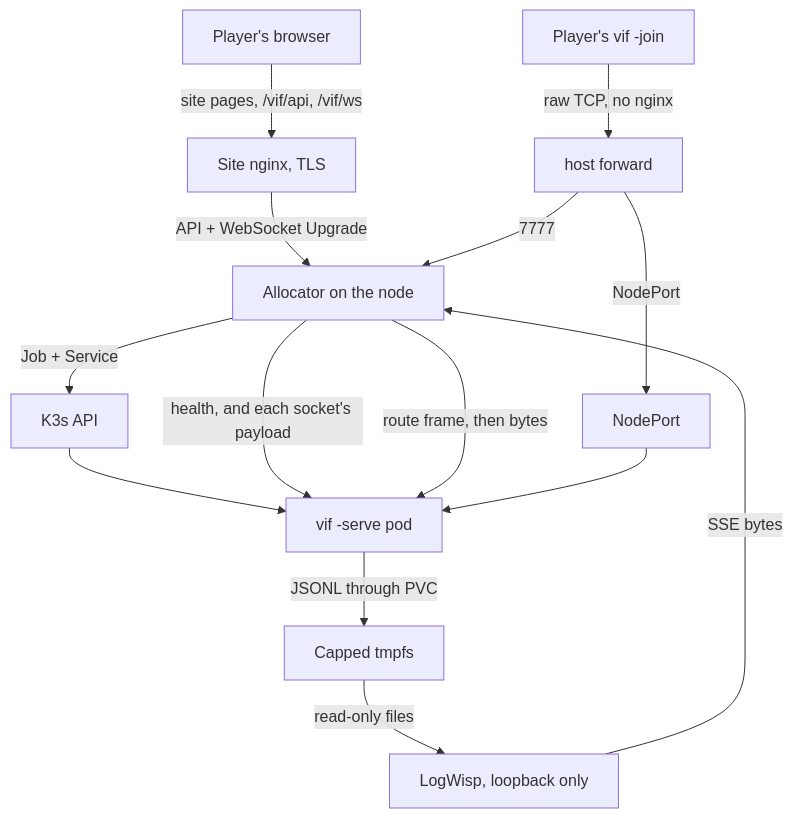
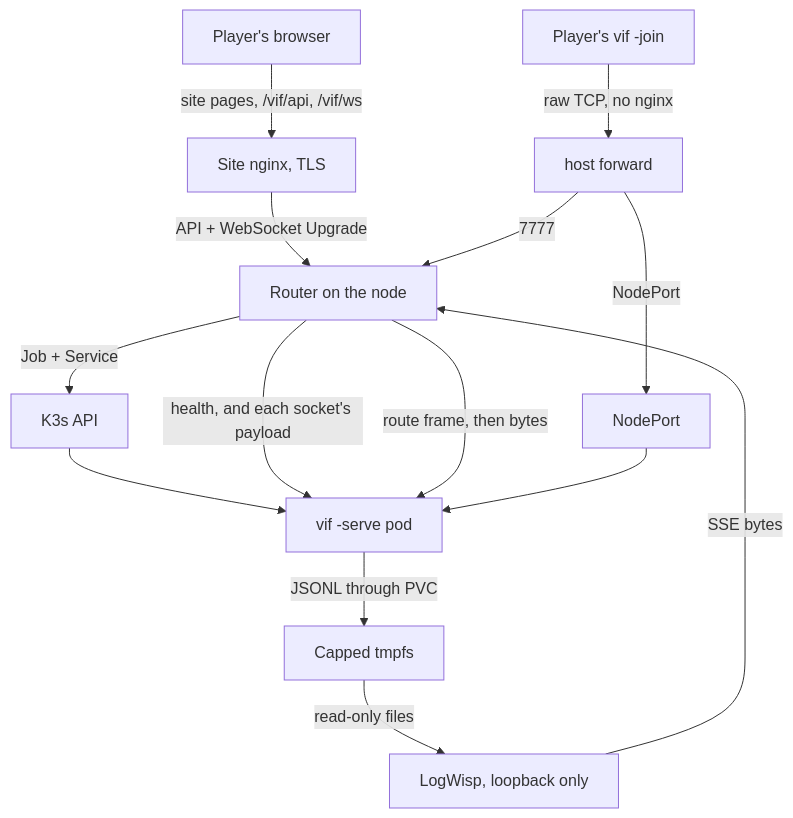
One commit to lixenwraith/vif changed the diagram in doc/kube-docker-deploy.md. Above: the diagram before and after it, drawn with Mermaid. The commit also changed other lines of this file and 125 other files, not shown here.

````diff
--- a/doc/kube-docker-deploy.md
+++ b/doc/kube-docker-deploy.md
@@ -36,14 +36,14 @@
 ```mermaid
 flowchart TD
     Browser["Player's browser"] -->|"site pages, /vif/api, /vif/ws"| Site["Site nginx, TLS"]
-    Site -->|"API + WebSocket Upgrade"| Alloc["Allocator on the node"]
+    Site -->|"API + WebSocket Upgrade"| Alloc["Router on the node"]
     Alloc -->|"Job + Service"| API["K3s API"]
     API --> Pod["vif -serve pod"]
     Alloc -->|"health, and each socket's payload"| Pod
     Term["Player's vif -join"] -->|"raw TCP, no nginx"| Fwd["host forward"]
     Fwd -->|"7777"| Alloc -->|"route frame, then bytes"| Pod
     Fwd -->|"NodePort"| NP["NodePort"] --> Pod
     Pod -->|"JSONL through PVC"| Log["Capped tmpfs"]
     Log -->|"read-only files"| Wisp["LogWisp, loopback only"]
     Wisp -->|"SSE bytes"| Alloc
 ```
````
